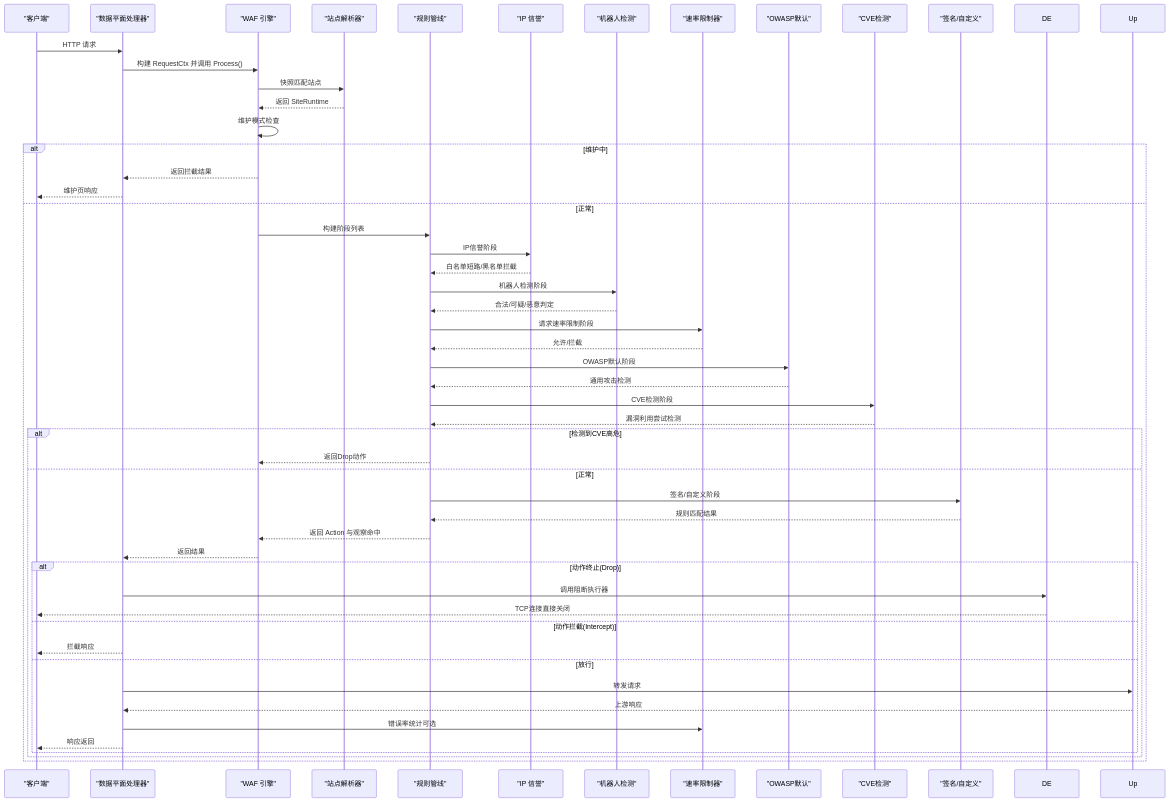
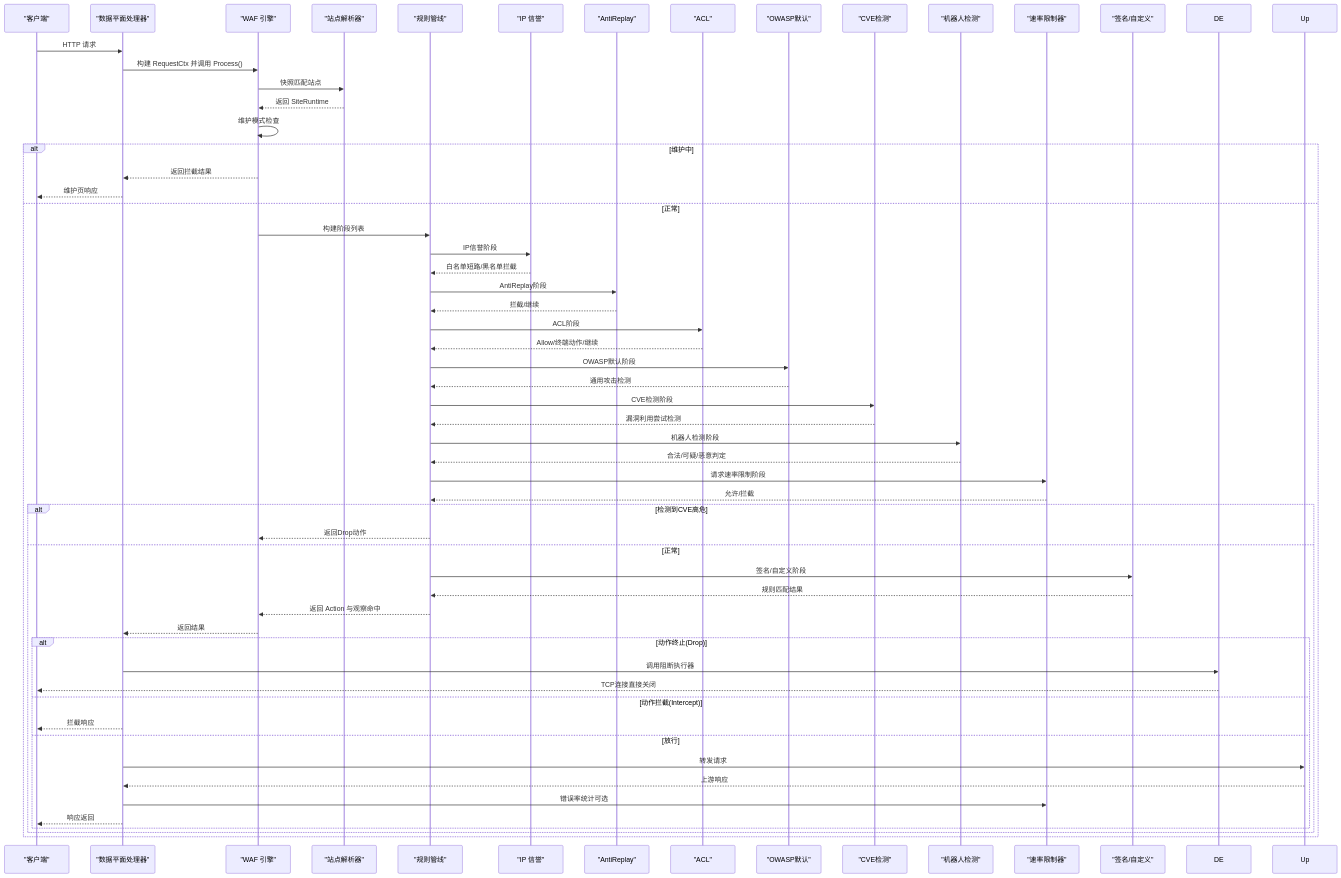
The second of 12 diagrams in docs/WAF 引擎系统/WAF 引擎系统.md (x01n/My-OpenWaf), drawn with Mermaid before and after one commit. The commit also changed other lines of this file and 354 other files, not shown here.

````diff
--- a/docs/WAF 引擎系统/WAF 引擎系统.md
+++ b/docs/WAF 引擎系统/WAF 引擎系统.md
@@ -132,54 +132,60 @@
 ```mermaid
 sequenceDiagram
 participant Client as "客户端"
 participant DP as "数据平面处理器"
 participant Eng as "WAF 引擎"
 participant Res as "站点解析器"
 participant Pipe as "规则管线"
 participant IR as "IP 信誉"
+participant AR as "AntiReplay"
+participant ACL as "ACL"
+participant OWASP as "OWASP默认"
+participant CVE as "CVE检测"
 participant Bot as "机器人检测"
 participant RL as "速率限制器"
-participant OWASP as "OWASP默认"
-participant CVE as "CVE检测"
 participant Sig as "签名/自定义"
 Client->>DP : HTTP 请求
 DP->>Eng : 构建 RequestCtx 并调用 Process()
 Eng->>Res : 快照匹配站点
 Res-->>Eng : 返回 SiteRuntime
 Eng->>Eng : 维护模式检查
 alt 维护中
 Eng-->>DP : 返回拦截结果
 DP-->>Client : 维护页响应
 else 正常
 Eng->>Pipe : 构建阶段列表
 Pipe->>IR : IP信誉阶段
 IR-->>Pipe : 白名单短路/黑名单拦截
+Pipe->>AR : AntiReplay阶段
+AR-->>Pipe : 拦截/继续
+Pipe->>ACL : ACL阶段
+ACL-->>Pipe : Allow/终端动作/继续
+Pipe->>OWASP : OWASP默认阶段
+OWASP-->>Pipe : 通用攻击检测
+Pipe->>CVE : CVE检测阶段
+CVE-->>Pipe : 漏洞利用尝试检测
 Pipe->>Bot : 机器人检测阶段
 Bot-->>Pipe : 合法/可疑/恶意判定
 Pipe->>RL : 请求速率限制阶段
 RL-->>Pipe : 允许/拦截
-Pipe->>OWASP : OWASP默认阶段
-OWASP-->>Pipe : 通用攻击检测
-Pipe->>CVE : CVE检测阶段
-CVE-->>Pipe : 漏洞利用尝试检测
 alt 检测到CVE高危
 Pipe-->>Eng : 返回Drop动作
 else 正常
 Pipe->>Sig : 签名/自定义阶段
 Sig-->>Pipe : 规则匹配结果
 Pipe-->>Eng : 返回 Action 与观察命中
 Eng-->>DP : 返回结果
 alt 动作终止(Drop)
 DP->>DE : 调用阻断执行器
 DE-->>Client : TCP连接直接关闭
 else 动作拦截(Intercept)
 DP-->>Client : 拦截响应
 else 放行
 DP->>Up : 转发请求
 Up-->>DP : 上游响应
 DP->>RL : 错误率统计可选
 DP-->>Client : 响应返回
 end
 end
 end
 ```
````
